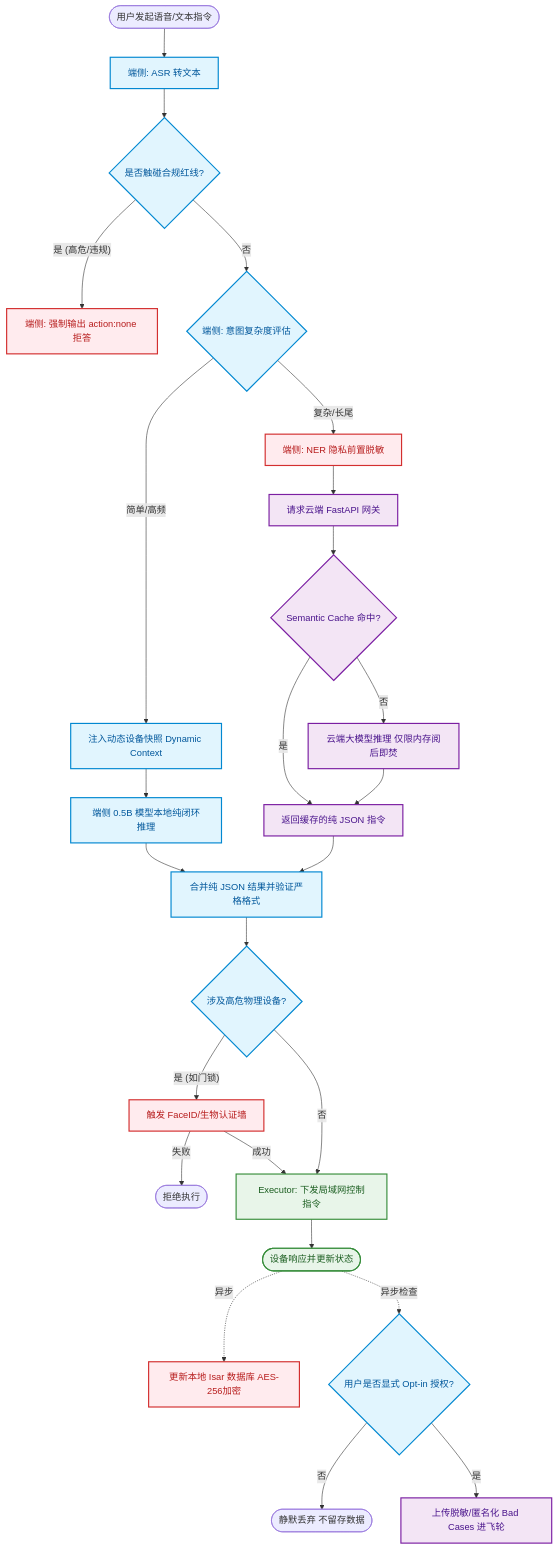
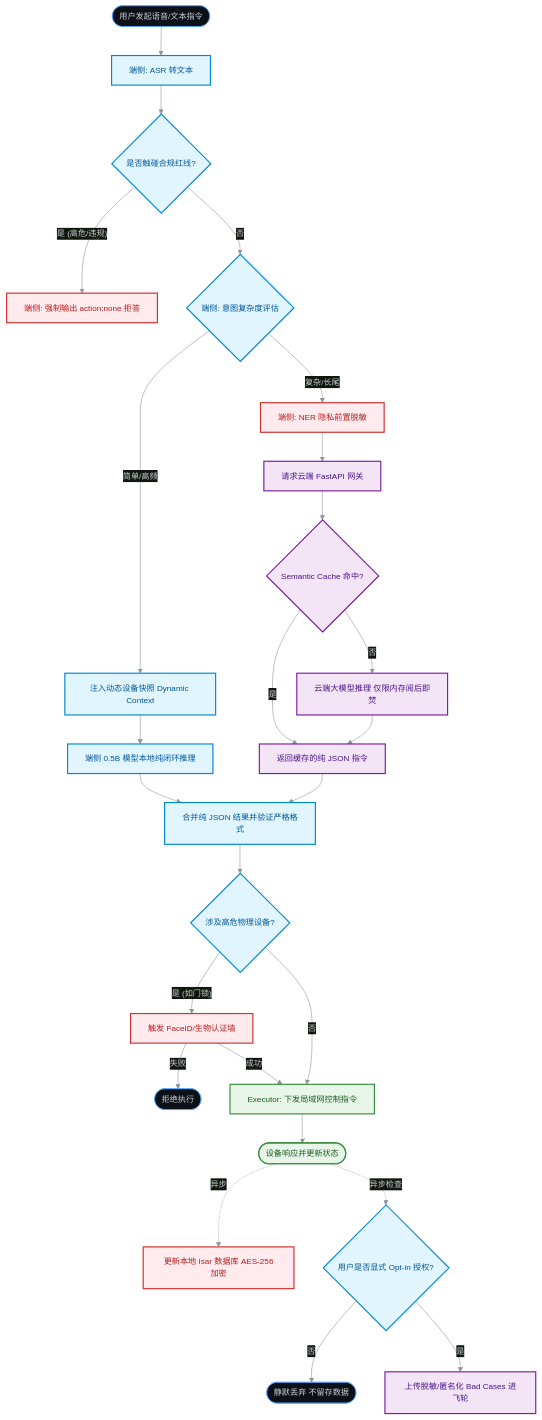
The first of 5 diagrams in README.md (aidencck/smart_home_app_on_device_ai), drawn with Mermaid before and after one commit. The commit also changed other lines of this file and 1 other file, not shown here.

Commit message:
fix: resolve broken mermaid diagrams by adding quotes to labels and fixing syntax

````diff
--- a/README.md
+++ b/README.md
@@ -221,50 +221,51 @@
 ```mermaid
+%%{init: {'theme': 'base', 'themeVariables': { 'primaryColor': '#0d1117', 'primaryTextColor': '#c9d1d9', 'primaryBorderColor': '#58a6ff', 'lineColor': '#8b949e', 'tertiaryColor': '#161b22', 'fontFamily': 'monospace', 'fontSize': '14px'}}}%%
 graph TD
     classDef edge fill:#e1f5fe,stroke:#0288d1,stroke-width:2px,color:#01579b;
     classDef cloud fill:#f3e5f5,stroke:#7b1fa2,stroke-width:2px,color:#4a148c;
     classDef warning fill:#ffebee,stroke:#d32f2f,stroke-width:2px,color:#b71c1c;
     classDef hardware fill:#e8f5e9,stroke:#388e3c,stroke-width:2px,color:#1b5e20;
 
-    Start([用户发起语音/文本指令]) --> A[端侧: ASR 转文本]
-    A:::edge --> B{是否触碰合规红线?}
-    B:::edge -->|"是 (高危/违规)"| C[端侧: 强制输出 action:none 拒答]
+    Start(["用户发起语音/文本指令"]) --> A["端侧: ASR 转文本"]
+    A:::edge --> B{"是否触碰合规红线?"}
+    B:::edge -->|"是 (高危/违规)"| C["端侧: 强制输出 action:none 拒答"]
     C:::warning
-    B -->|否| D{端侧: 意图复杂度评估}
+    B -->|"否"| D{"端侧: 意图复杂度评估"}
     D:::edge
     
-    D -->|"简单/高频"| E1[注入动态设备快照 Dynamic Context]
-    E1:::edge --> E[端侧 0.5B 模型本地纯闭环推理]
+    D -->|"简单/高频"| E1["注入动态设备快照 Dynamic Context"]
+    E1:::edge --> E["端侧 0.5B 模型本地纯闭环推理"]
     E:::edge
-    D -->|"复杂/长尾"| F[端侧: NER 隐私前置脱敏]
+    D -->|"复杂/长尾"| F["端侧: NER 隐私前置脱敏"]
     F:::warning
     
-    F --> G[请求云端 FastAPI 网关]
-    G:::cloud --> H{Semantic Cache 命中?}
+    F --> G["请求云端 FastAPI 网关"]
+    G:::cloud --> H{"Semantic Cache 命中?"}
     H:::cloud
     
-    H -->|是| I[返回缓存的纯 JSON 指令]
+    H -->|"是"| I["返回缓存的纯 JSON 指令"]
     I:::cloud
-    H -->|否| J[云端大模型推理 仅限内存阅后即焚]
+    H -->|"否"| J["云端大模型推理 仅限内存阅后即焚"]
     J:::cloud --> I
     
-    E --> K[合并纯 JSON 结果并验证严格格式]
+    E --> K["合并纯 JSON 结果并验证严格格式"]
     I --> K
     K:::edge
     
-    K --> L{涉及高危物理设备?}
-    L:::edge -->|"是 (如门锁)"| M[触发 FaceID/生物认证墙]
-    M:::warning -->|失败| End_Fail([拒绝执行])
-    M -->|成功| N[Executor: 下发局域网控制指令]
-    L -->|否| N
+    K --> L{"涉及高危物理设备?"}
+    L:::edge -->|"是 (如门锁)"| M["触发 FaceID/生物认证墙"]
+    M:::warning -->|"失败"| End_Fail(["拒绝执行"])
+    M -->|"成功"| N["Executor: 下发局域网控制指令"]
+    L -->|"否"| N
     N:::hardware
     
-    N --> O([设备响应并更新状态])
+    N --> O(["设备响应并更新状态"])
     O:::hardware
     
-    O -.->|异步| P[更新本地 Isar 数据库 AES-256加密]
+    O -.->|"异步"| P["更新本地 Isar 数据库 AES-256加密"]
     P:::warning
-    O -.->|"异步检查"| Q{用户是否显式 Opt-in 授权?}
-    Q:::edge -->|否| End_Ignore([静默丢弃 不留存数据])
-    Q -->|是| R[上传脱敏/匿名化 Bad Cases 进飞轮]
+    O -.->|"异步检查"| Q{"用户是否显式 Opt-in 授权?"}
+    Q:::edge -->|"否"| End_Ignore(["静默丢弃 不留存数据"])
+    Q -->|"是"| R["上传脱敏/匿名化 Bad Cases 进飞轮"]
     R:::cloud
 ```
````
